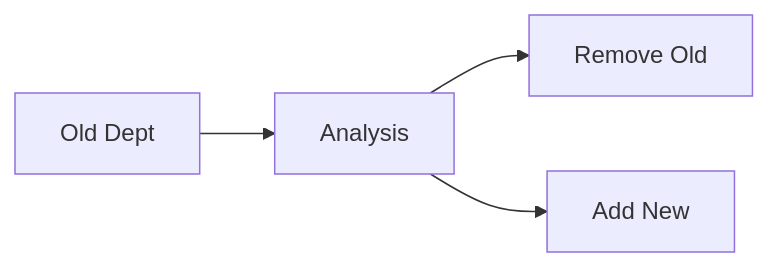
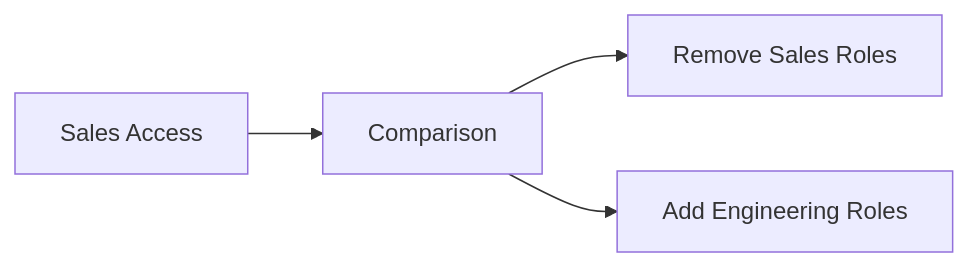
Before and after one commit to Devopstrio/identity-governance-framework: diagram 12 of 30 in README.md, drawn with Mermaid. The commit also changed other lines of this file, not shown here.

Commit message:
docs: finalize premium institutional-grade README with 30+ diagrams and executive summary

````diff
--- a/README.md
+++ b/README.md
@@ -107,6 +215,6 @@
 ```mermaid
 graph LR
-    Old[Old Dept] --> Delta[Analysis]
-    Delta --> Revoke[Remove Old]
-    Delta --> Grant[Add New]
+    Old[Sales Access] --> Delta[Comparison]
+    Delta --> Revoke[Remove Sales Roles]
+    Delta --> Grant[Add Engineering Roles]
 ```
````
